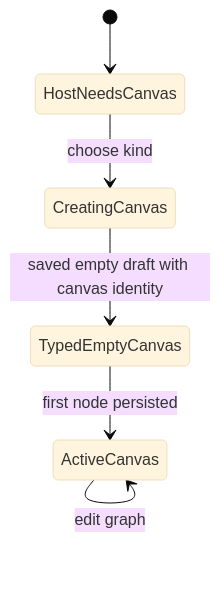
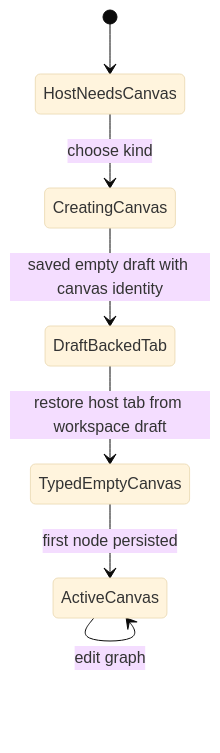
One commit to dunay2/dvt changed the first of 3 diagrams in docs/architecture/components/web/graph/canvas-playground-host-component.md. Above: the diagram before and after it, drawn with Mermaid (base theme). The commit also changed other lines of this file and 18 other files, not shown here.

Commit message:
feat(web): Add host-owned canvas tab restoration

````diff
--- a/docs/architecture/components/web/graph/canvas-playground-host-component.md
+++ b/docs/architecture/components/web/graph/canvas-playground-host-component.md
@@ -83,8 +88,9 @@
 ```mermaid
 stateDiagram-v2
   [*] --> HostNeedsCanvas
   HostNeedsCanvas --> CreatingCanvas: choose kind
-  CreatingCanvas --> TypedEmptyCanvas: saved empty draft with canvas identity
+  CreatingCanvas --> DraftBackedTab: saved empty draft with canvas identity
+  DraftBackedTab --> TypedEmptyCanvas: restore host tab from workspace draft
   TypedEmptyCanvas --> ActiveCanvas: first node persisted
   ActiveCanvas --> ActiveCanvas: edit graph
 ```
````
